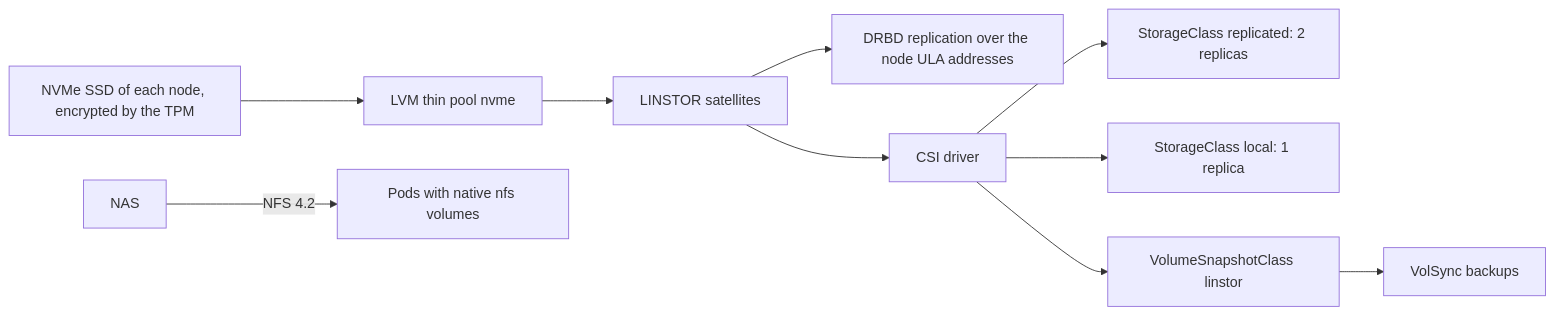
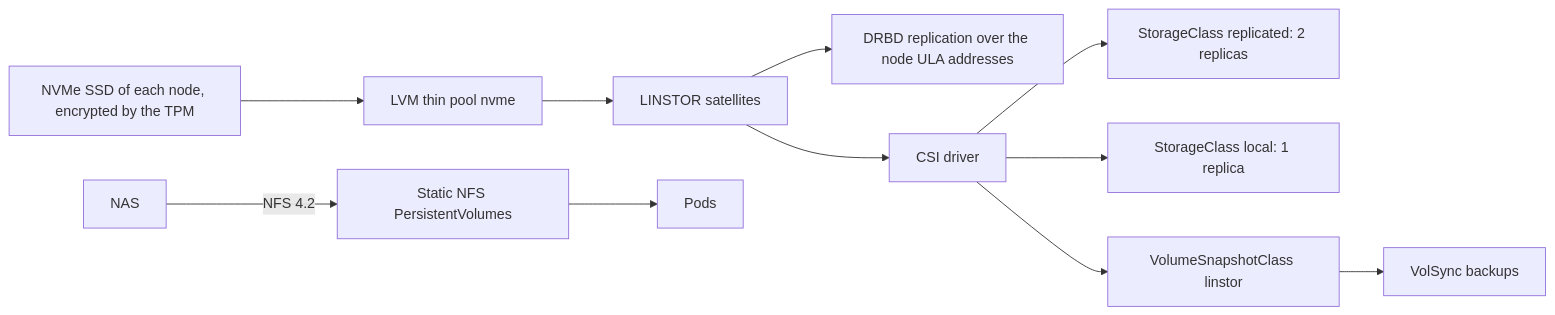
One commit to shellt0pia/infrastructure changed the diagram in docs/storage/README.md. Above: the diagram before and after it, drawn with Mermaid. The commit also changed other lines of this file and 17 other files, not shown here.

````diff
--- a/docs/storage/README.md
+++ b/docs/storage/README.md
@@ -23,12 +23,12 @@
 ```mermaid
 flowchart LR
     NVMe[NVMe SSD of each node, encrypted by the TPM] --> LVM[LVM thin pool nvme]
     LVM --> LINSTOR[LINSTOR satellites]
     LINSTOR --> DRBD[DRBD replication over the node ULA addresses]
     LINSTOR --> CSI[CSI driver]
     CSI --> R[StorageClass replicated: 2 replicas]
     CSI --> L[StorageClass local: 1 replica]
     CSI --> S[VolumeSnapshotClass linstor]
     S --> V[VolSync backups]
-    NAS[NAS] -- NFS 4.2 --> Pods[Pods with native nfs volumes]
+    NAS[NAS] -- NFS 4.2 --> NFS[Static NFS PersistentVolumes] --> Pods[Pods]
 ```
````
